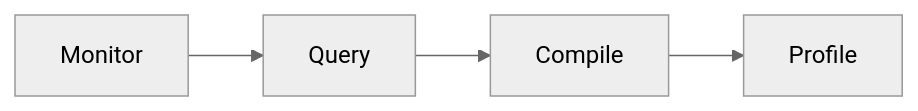
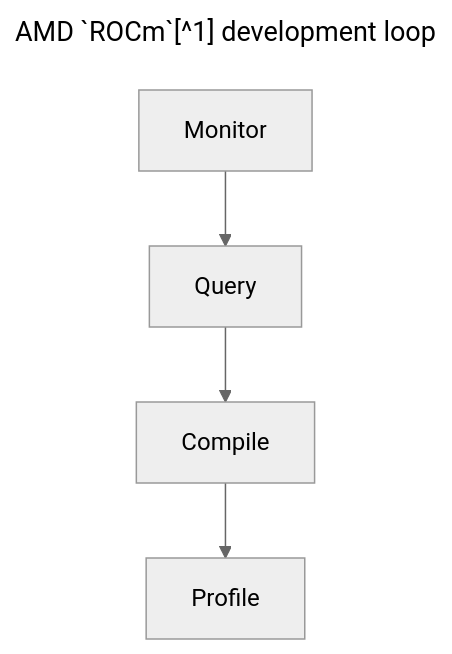
Before and after one commit to ChuzaWick420/notes_publisher: the diagram in docs/Computer Science/Courses/ROCm Certified Associate/ROCm_01.md, drawn with Mermaid (neutral theme). The commit also changed other lines of this file, not shown here.

Commit message:
Refined: ROCm - 1

````diff
--- a/docs/Computer Science/Courses/ROCm Certified Associate/ROCm_01.md
+++ b/docs/Computer Science/Courses/ROCm Certified Associate/ROCm_01.md
@@ -108,4 +108,7 @@
 ```mermaid
-flowchart LR
+---
+title: AMD `ROCm`[^1] development loop  
+---
+flowchart TD
 	Monitor --> Query --> Compile --> Profile
 ```
````
